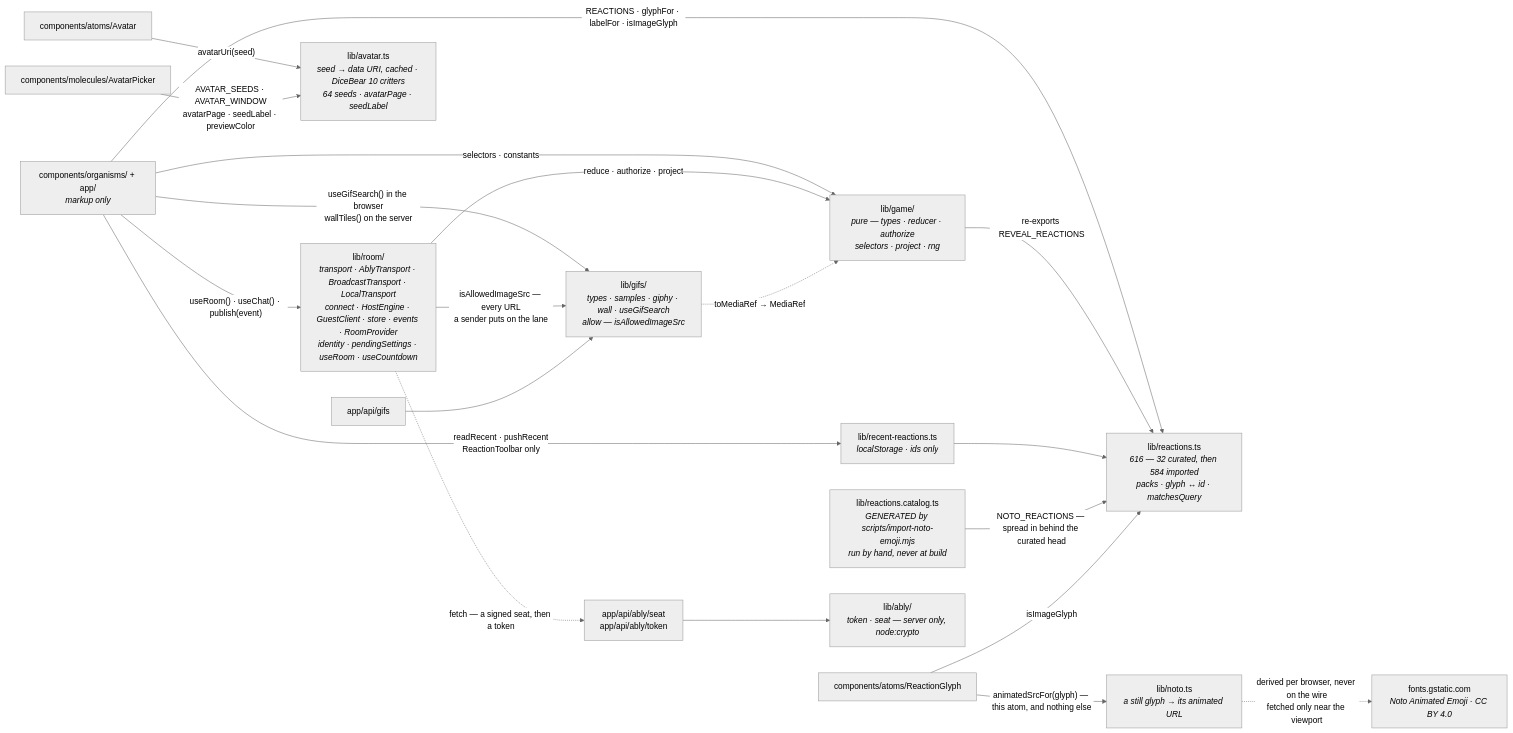
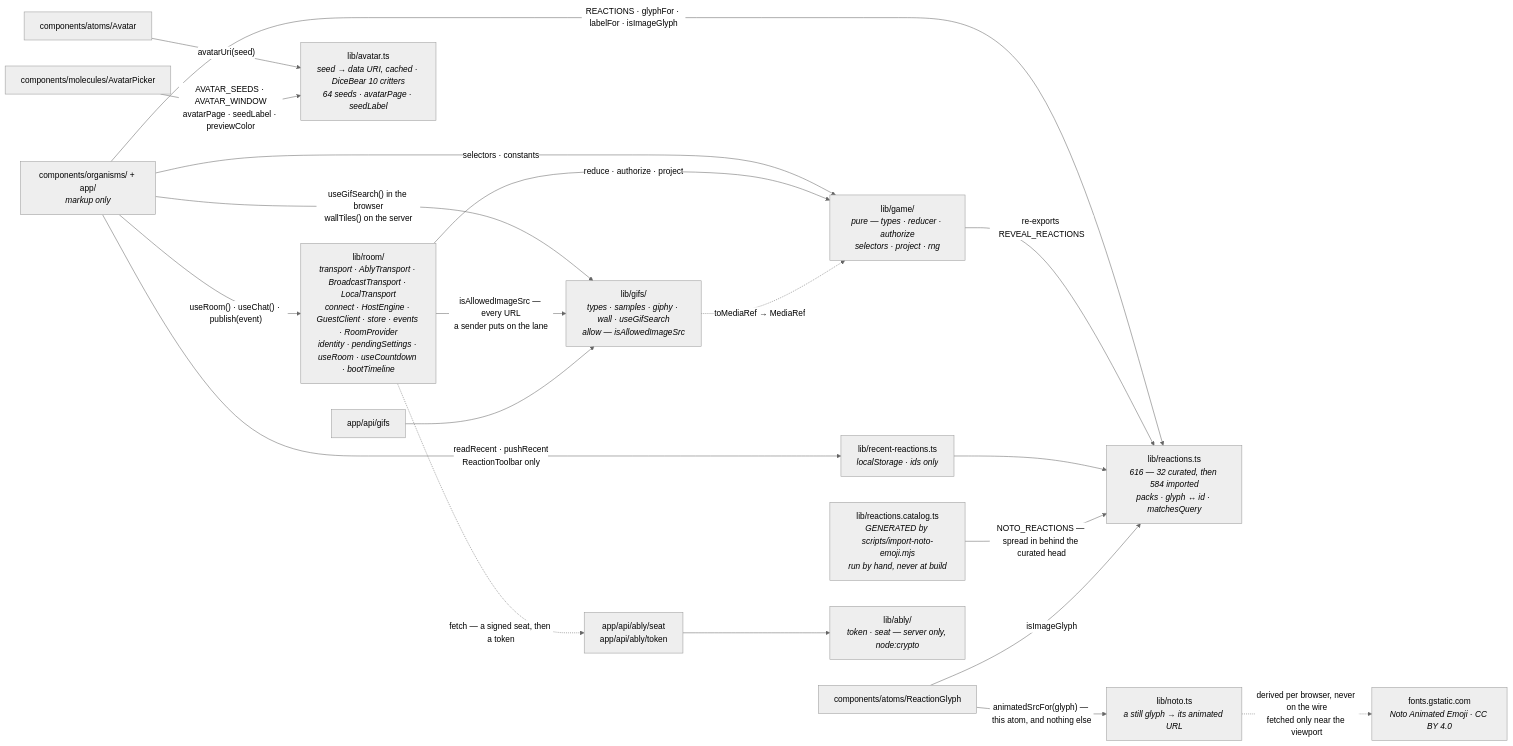
Before and after one commit to Jmeza081/captionist: the second of 12 diagrams in docs/architecture.md, drawn with Mermaid (neutral theme). The commit also changed other lines of this file and 46 other files, not shown here.

````diff
--- a/docs/architecture.md
+++ b/docs/architecture.md
@@ -463,38 +515,38 @@
 ```mermaid
 graph LR
   U["components/organisms/ + app/<br/><i>markup only</i>"]
-  R["lib/room/<br/><i>transport · AblyTransport · BroadcastTransport · LocalTransport<br/>connect · HostEngine · GuestClient · store · events · RoomProvider<br/>identity · pendingSettings · useRoom · useCountdown</i>"]
+  R["lib/room/<br/><i>transport · AblyTransport · BroadcastTransport · LocalTransport<br/>connect · HostEngine · GuestClient · store · events · RoomProvider<br/>identity · pendingSettings · useRoom · useCountdown · bootTimeline</i>"]
   G["lib/game/<br/><i>pure — types · reducer · authorize<br/>selectors · project · rng</i>"]
   F["lib/gifs/<br/><i>types · samples · giphy · wall · useGifSearch<br/>allow — isAllowedImageSrc</i>"]
   AV["lib/avatar.ts<br/><i>seed → data URI, cached · DiceBear 10 critters<br/>64 seeds · avatarPage · seedLabel</i>"]
   RX["lib/reactions.ts<br/><i>616 — 32 curated, then 584 imported<br/>packs · glyph ↔ id · matchesQuery</i>"]
   CAT["lib/reactions.catalog.ts<br/><i>GENERATED by scripts/import-noto-emoji.mjs<br/>run by hand, never at build</i>"]
   NO["lib/noto.ts<br/><i>a still glyph → its animated URL</i>"]
   GST["fonts.gstatic.com<br/><i>Noto Animated Emoji · CC BY 4.0</i>"]
   RC["lib/recent-reactions.ts<br/><i>localStorage · ids only</i>"]
   AT["components/atoms/Avatar"]
   PK["components/molecules/AvatarPicker"]
   GL["components/atoms/ReactionGlyph"]
   API["app/api/gifs"]
   TKR["app/api/ably/seat<br/>app/api/ably/token"]
   ABL["lib/ably/<br/><i>token · seat — server only, node:crypto</i>"]
   U -->|"useRoom() · useChat() · publish(event)"| R
   U -->|"REACTIONS · glyphFor · labelFor · isImageGlyph"| RX
   U -->|"readRecent · pushRecent<br/>ReactionToolbar only"| RC
   U -->|"useGifSearch() in the browser<br/>wallTiles() on the server"| F
   U -->|"selectors · constants"| G
   AT -->|"avatarUri(seed)"| AV
   PK -->|"AVATAR_SEEDS · AVATAR_WINDOW<br/>avatarPage · seedLabel · previewColor"| AV
   R -->|"reduce · authorize · project"| G
   R -->|"isAllowedImageSrc — every URL<br/>a sender puts on the lane"| F
   G -->|"re-exports REVEAL_REACTIONS"| RX
   RC --> RX
   CAT -->|"NOTO_REACTIONS — spread in behind the curated head"| RX
   GL -->|"isImageGlyph"| RX
   GL -->|"animatedSrcFor(glyph) — this atom, and nothing else"| NO
   NO -.->|"derived per browser, never on the wire<br/>fetched only near the viewport"| GST
   R -.->|"fetch — a signed seat, then a token"| TKR
   API --> F
   TKR --> ABL
   F -.->|"toMediaRef → MediaRef"| G
 ```
````
